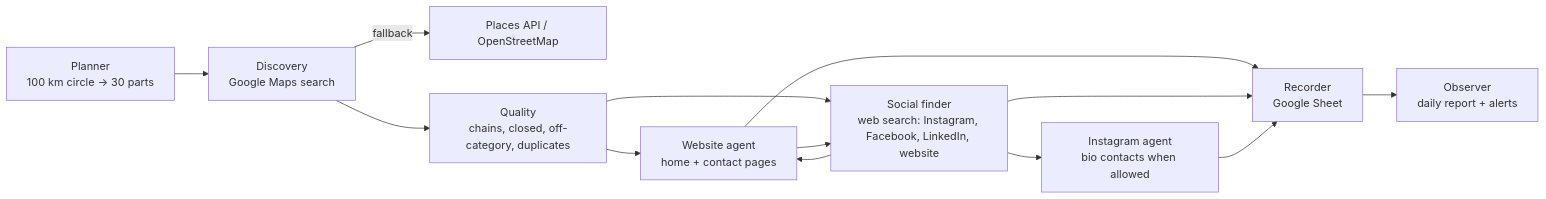
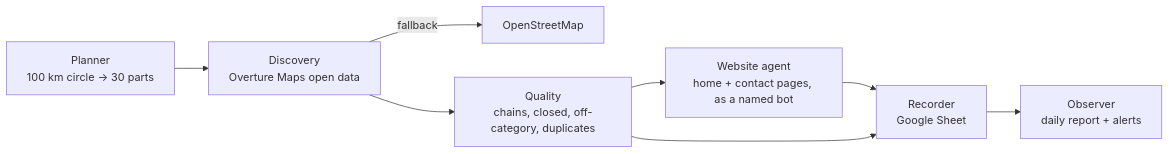
Before and after one commit to dasravik444-cpu/plant-parlour-v2: the diagram in README.md, drawn with Mermaid. The commit also changed other lines of this file and 13 other files, not shown here.

First line of the commit message:
Open-data quality fixes from the live sample; contact person column

````diff
--- a/README.md
+++ b/README.md
@@ -23,15 +30,10 @@
 ```mermaid
 flowchart LR
-  P[Planner\n100 km circle -> 30 parts] --> D[Discovery\nGoogle Maps search]
-  D -->|fallback| D2[Places API / OpenStreetMap]
+  P[Planner\n100 km circle -> 30 parts] --> D[Discovery\nOverture Maps open data]
+  D -->|fallback| D2[OpenStreetMap]
   D --> Q[Quality\nchains, closed, off-category, duplicates]
-  Q --> W[Website agent\nhome + contact pages]
-  Q --> S[Social finder\nweb search: Instagram, Facebook, LinkedIn, website]
-  W --> S
-  S --> W
-  S --> I[Instagram agent\nbio contacts when allowed]
+  Q --> W[Website agent\nhome + contact pages, as a named bot]
   W --> R[Recorder\nGoogle Sheet]
-  S --> R
-  I --> R
+  Q --> R
   R --> O[Observer\ndaily report + alerts]
 ```
````
